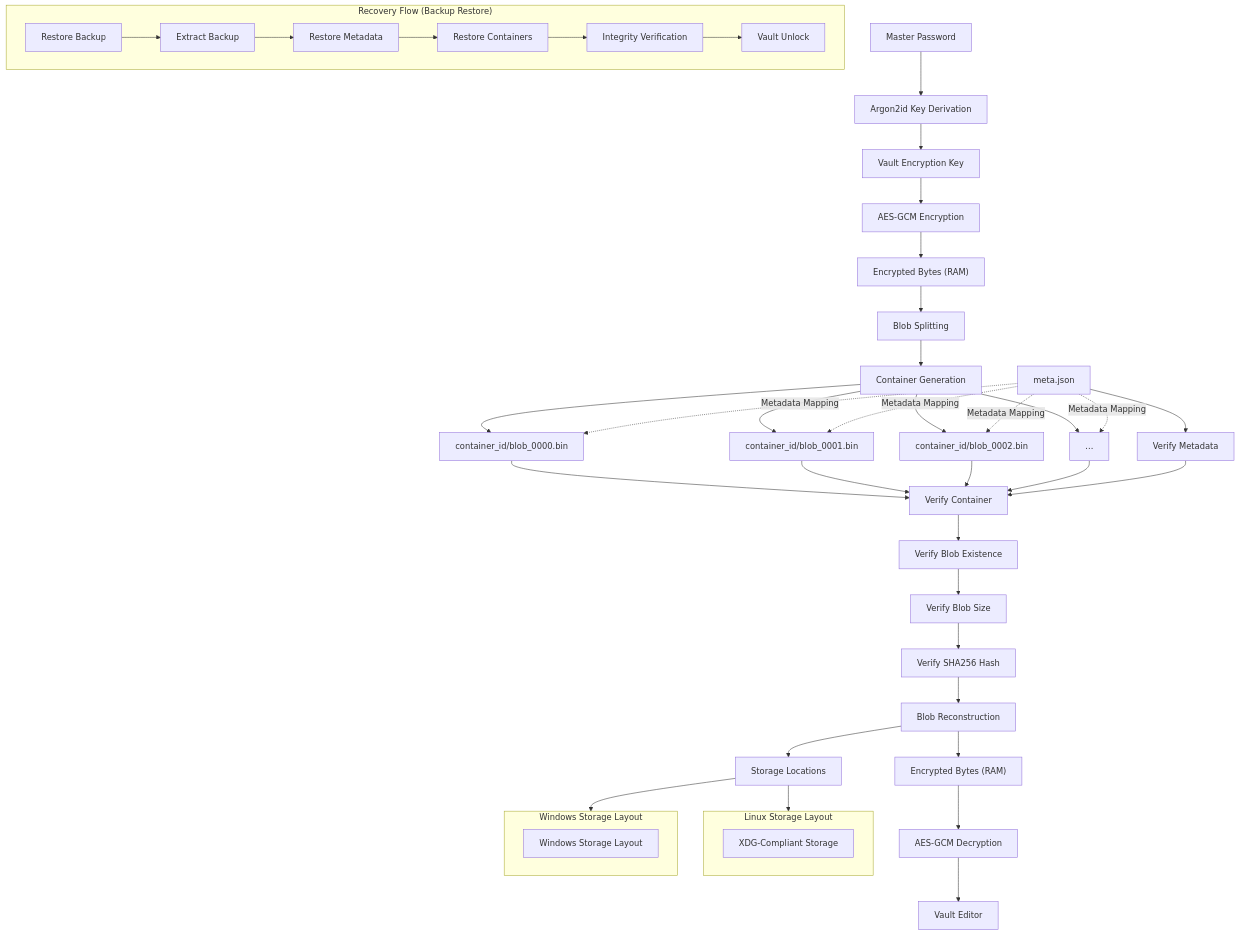
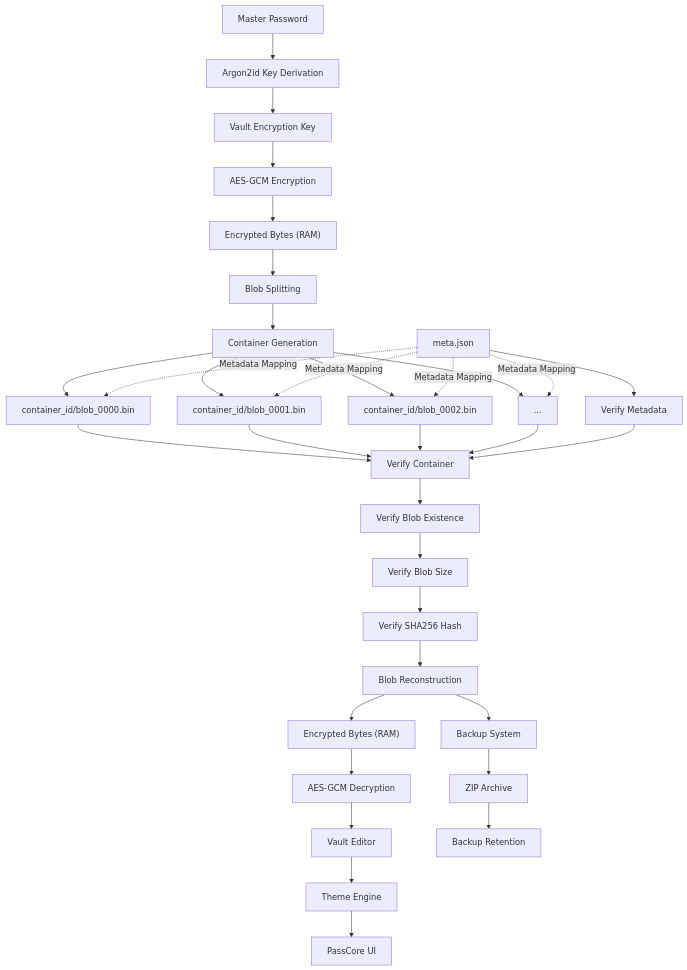
One commit to Money-Ape/PassCore changed the diagram in ARCHITECTURE.md. Above: the diagram before and after it, drawn with Mermaid. The commit also changed other lines of this file and 12 other files, not shown here.

First line of the commit message:
feat(ui,packaging): add live theme system, empty vault welcome screen, and Linux packaging support

````diff
--- a/ARCHITECTURE.md
+++ b/ARCHITECTURE.md
@@ -75,42 +75,20 @@
 DEC --> EDITOR
 
 %% ==========================================================
-%% STORAGE LOCATIONS
+%% UI LAYER
 %% ==========================================================
 
-SYS["Storage Locations"]
-
-BR --> SYS
-
-SYS --> LINUX
-SYS --> WINDOWS
-
-subgraph LINUX["Linux Storage Layout"]
-    LNX["XDG-Compliant Storage"]
-end
-
-subgraph WINDOWS["Windows Storage Layout"]
-    WIN["Windows Storage Layout"]
-end
+EDITOR --> THEME
+THEME["Theme Engine"]
+THEME --> UI["PassCore UI"]
 
 %% ==========================================================
-%% RECOVERY FLOW
+%% BACKUP SYSTEM
 %% ==========================================================
 
-subgraph RECOVERY["Recovery Flow (Backup Restore)"]
+BACKUP["Backup System"]
 
-R1["Restore Backup"]
-R2["Extract Backup"]
-R3["Restore Metadata"]
-R4["Restore Containers"]
-R5["Integrity Verification"]
-R6["Vault Unlock"]
-
-R1 --> R2
-R2 --> R3
-R3 --> R4
-R4 --> R5
-R5 --> R6
-
-end
+BR --> BACKUP
+BACKUP --> ZIP["ZIP Archive"]
+ZIP --> RETENTION["Backup Retention"]
 ```
````
